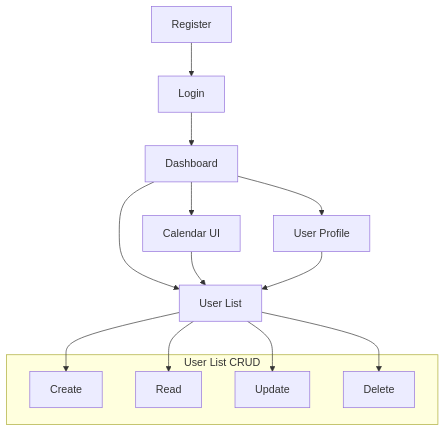
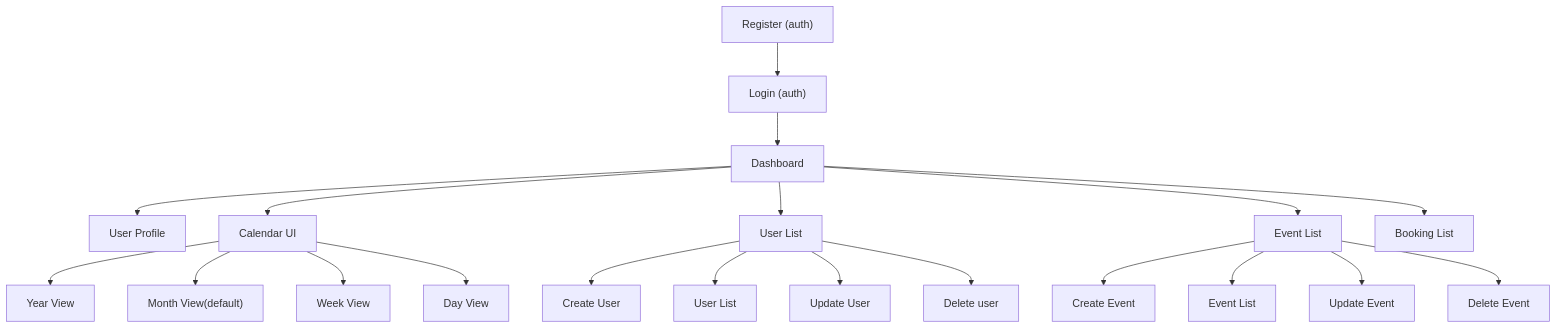
Before and after one commit to wakidurrahman/meeting-schedule-apps: the first of 15 diagrams in README.md, drawn with Mermaid. The commit also changed other lines of this file and 22 other files, not shown here.

````diff
--- a/README.md
+++ b/README.md
@@ -28,24 +36,27 @@
 ```mermaid
 graph TD
-  Register["Register"] --> Login["Login"]
-  Login["Login"] --> Dashboard
+  Register["Register (auth)"] --> Login["Login"]
+  Login["Login (auth)"] --> Dashboard
 
   Dashboard --> UserProfile["User Profile"]
   Dashboard --> Calendar["Calendar UI"]
   Dashboard --> UserList["User List"]
+  Dashboard --> Event["Event List"]
+  Dashboard --> Booking["Booking List"]
 
-  Calendar --> UserList
-  UserProfile --> UserList
 
-  subgraph "User List CRUD"
-    Create["Create"]
-    Read["Read"]
-    Update["Update"]
-    Delete["Delete"]
-  end
+  Calendar --> Year["Year View"]
+  Calendar --> Month["Month View(default)"]
+  Calendar --> Week["Week View"]
+  Calendar --> Day["Day View"]
 
-  UserList --> Create
-  UserList --> Read
-  UserList --> Update
-  UserList --> Delete
+  UserList --> Create["Create User"]
+  UserList --> Read["User List"]
+  UserList --> Update["Update User"]
+  UserList --> Delete["Delete user"]
+
+  Event --> CreateEvent["Create Event"]
+  Event --> ReadEvent["Event List"]
+  Event --> UpdateEvent["Update Event"]
+  Event --> DeleteEvent["Delete Event"]
 ```
````
